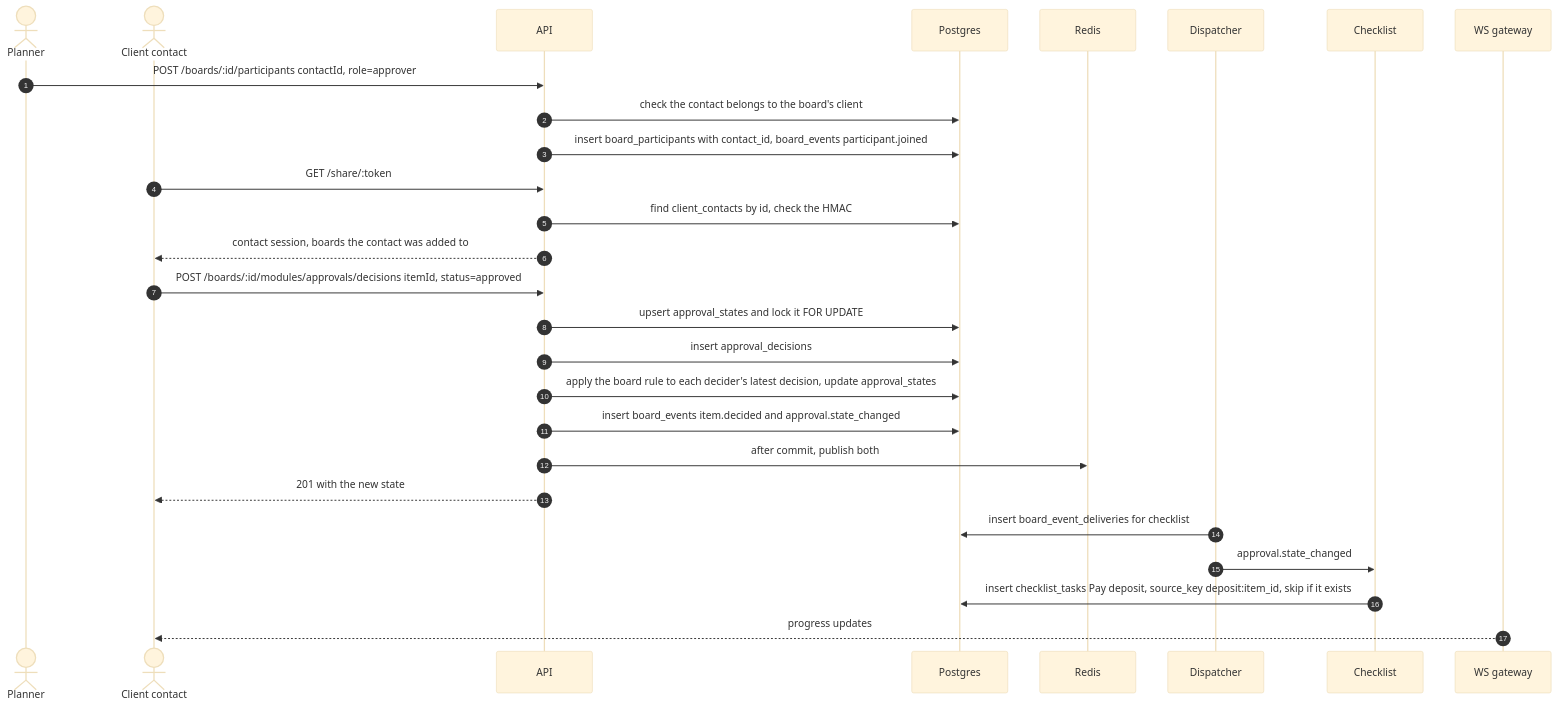
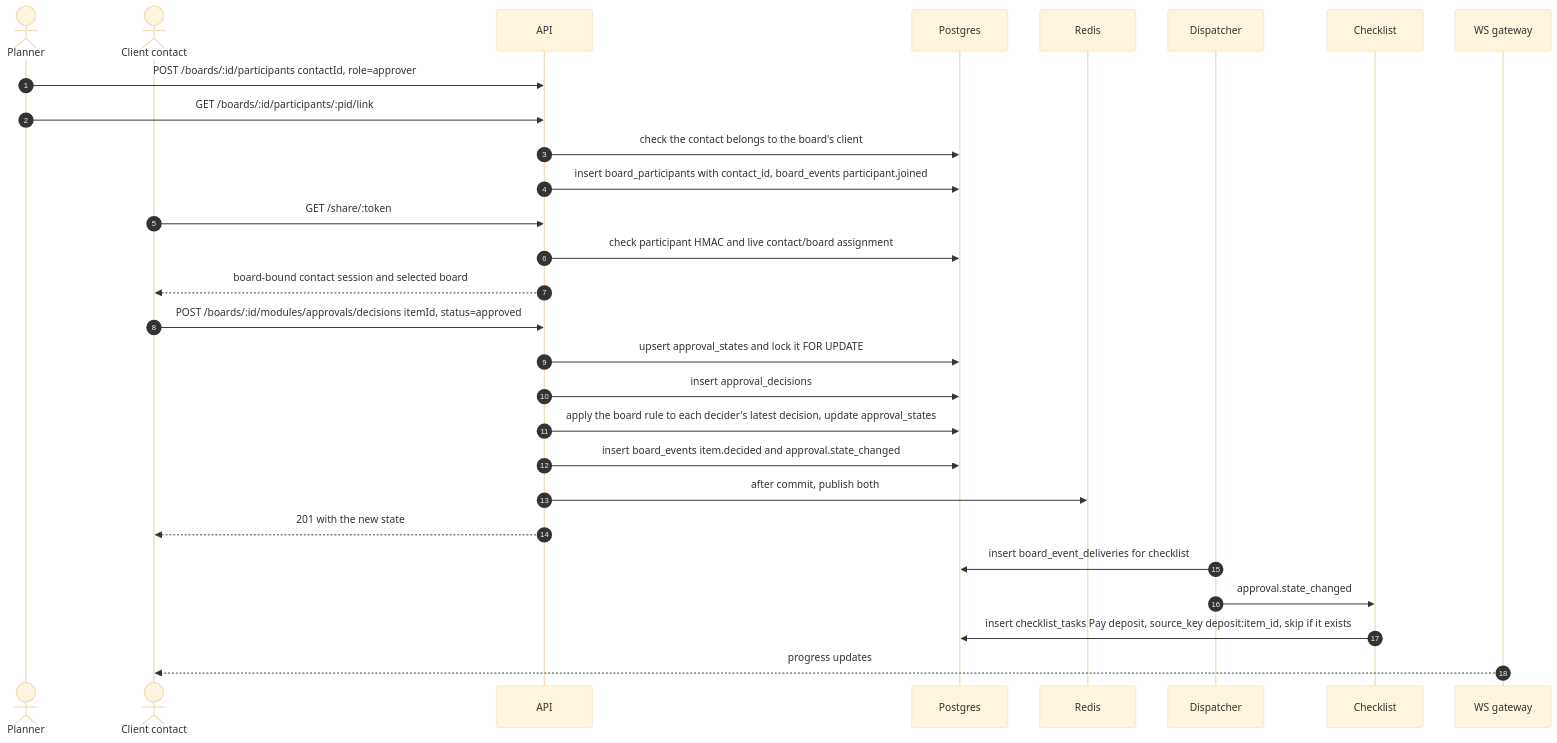
Before and after one commit to Abisola-Morohunfolu/moodboards: the seventh of 9 diagrams in docs/06-flows.md, drawn with Mermaid (base theme). The commit also changed other lines of this file and 57 other files, not shown here.

Commit message:
feat: add board-specific client access (#5)

````diff
--- a/docs/06-flows.md
+++ b/docs/06-flows.md
@@ -188,29 +188,30 @@
 ```mermaid
 sequenceDiagram
   autonumber
   actor P as Planner
   actor C as Client contact
   participant API
   participant DB as Postgres
   participant R as Redis
   participant D as Dispatcher
   participant CL as Checklist
   participant GW as WS gateway
   P->>API: POST /boards/:id/participants contactId, role=approver
+  P->>API: GET /boards/:id/participants/:pid/link
   API->>DB: check the contact belongs to the board's client
   API->>DB: insert board_participants with contact_id, board_events participant.joined
   C->>API: GET /share/:token
-  API->>DB: find client_contacts by id, check the HMAC
-  API-->>C: contact session, boards the contact was added to
+  API->>DB: check participant HMAC and live contact/board assignment
+  API-->>C: board-bound contact session and selected board
   C->>API: POST /boards/:id/modules/approvals/decisions itemId, status=approved
   API->>DB: upsert approval_states and lock it FOR UPDATE
   API->>DB: insert approval_decisions
   API->>DB: apply the board rule to each decider's latest decision, update approval_states
   API->>DB: insert board_events item.decided and approval.state_changed
   API->>R: after commit, publish both
   API-->>C: 201 with the new state
   D->>DB: insert board_event_deliveries for checklist
   D->>CL: approval.state_changed
   CL->>DB: insert checklist_tasks Pay deposit, source_key deposit:item_id, skip if it exists
   GW-->>C: progress updates
 ```
````
